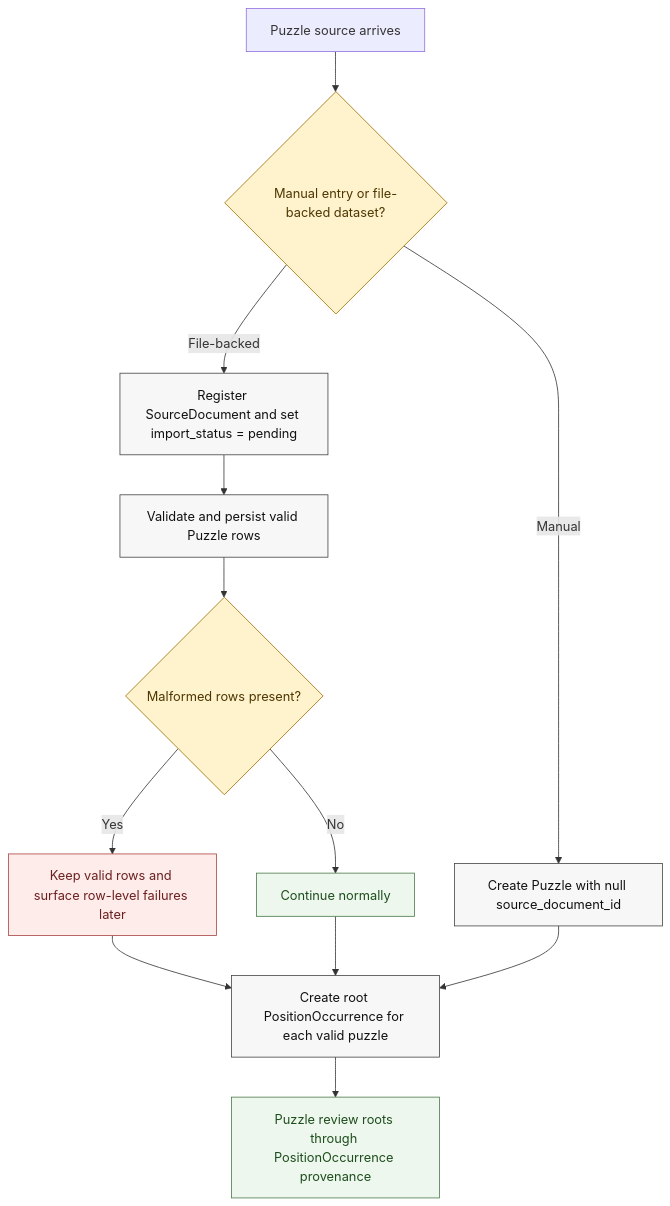
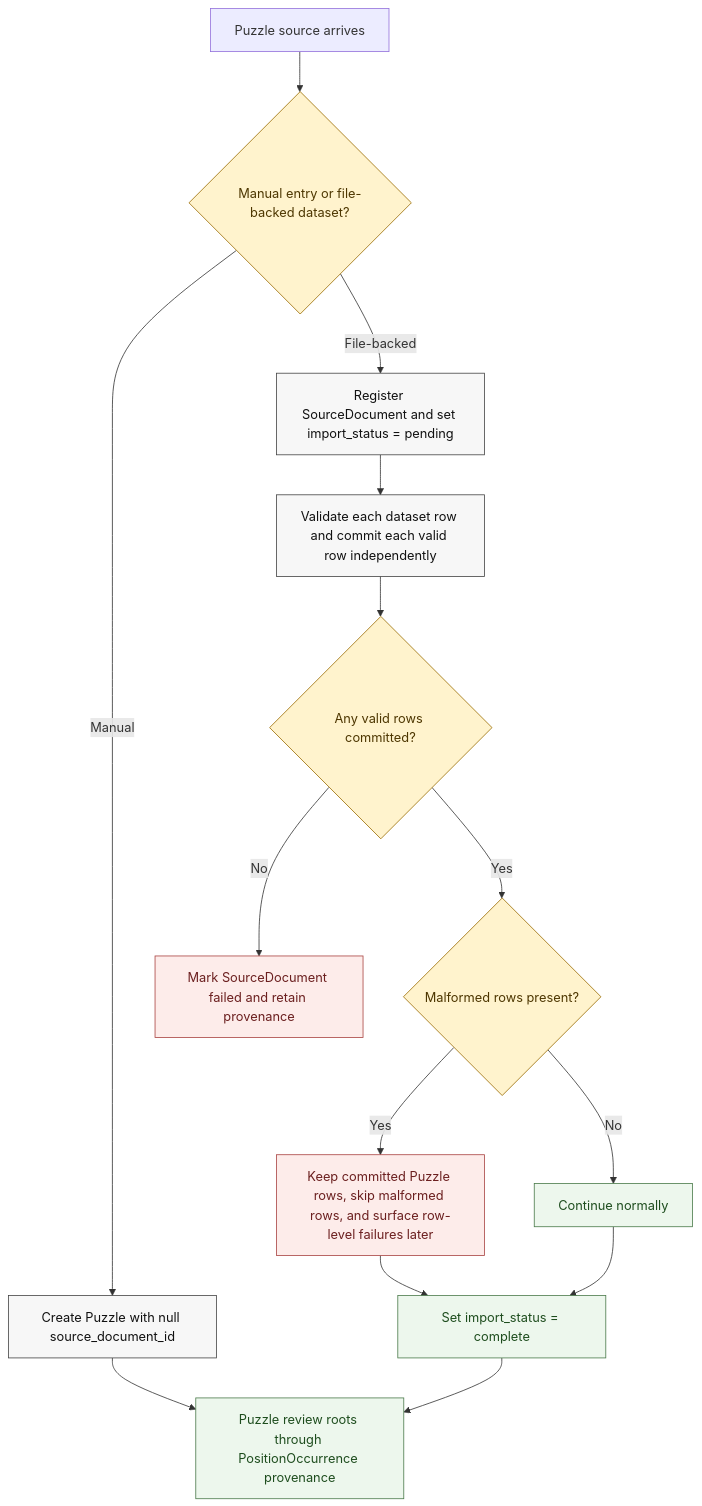
One commit to wulke/chess-core changed the first of 2 diagrams in docs/diagrams/v1-puzzle-and-analysis-flows.md. Above: the diagram before and after it, drawn with Mermaid. The commit also changed other lines of this file and 7 other files, not shown here.

Commit message:
Implement file-backed puzzle dataset ingestion

````diff
--- a/docs/diagrams/v1-puzzle-and-analysis-flows.md
+++ b/docs/diagrams/v1-puzzle-and-analysis-flows.md
@@ -10,20 +10,22 @@
 ```mermaid
 flowchart TD
     classDef actor fill:#f5f0e6,stroke:#6b5b3e,color:#2d2618;
     classDef action fill:#f7f7f7,stroke:#444,color:#111;
     classDef decision fill:#fff3cd,stroke:#9a6b00,color:#4d3600;
     classDef success fill:#edf7ed,stroke:#4a7a4a,color:#1e4d1e;
     classDef fail fill:#fdecea,stroke:#a94442,color:#6b1f1f;
 
     A[Puzzle source arrives] --> B{Manual entry or file-backed dataset?}:::decision
     B -->|Manual| C[Create Puzzle with null source_document_id]:::action
     B -->|File-backed| D[Register SourceDocument and set import_status = pending]:::action
-    D --> E[Validate and persist valid Puzzle rows]:::action
-    E --> F{Malformed rows present?}:::decision
-    F -->|Yes| G[Keep valid rows and surface row-level failures later]:::fail
-    F -->|No| H[Continue normally]:::success
-    G --> I[Create root PositionOccurrence for each valid puzzle]:::action
-    H --> I
-    C --> I
-    I --> J[Puzzle review roots through PositionOccurrence provenance]:::success
+    D --> E[Validate each dataset row and commit each valid row independently]:::action
+    E --> F{Any valid rows committed?}:::decision
+    F -->|No| G[Mark SourceDocument failed and retain provenance]:::fail
+    F -->|Yes| H{Malformed rows present?}:::decision
+    H -->|Yes| I[Keep committed Puzzle rows, skip malformed rows, and surface row-level failures later]:::fail
+    H -->|No| J[Continue normally]:::success
+    I --> L[Set import_status = complete]:::success
+    J --> L
+    C --> M
+    L --> M[Puzzle review roots through PositionOccurrence provenance]:::success
 ```
````
